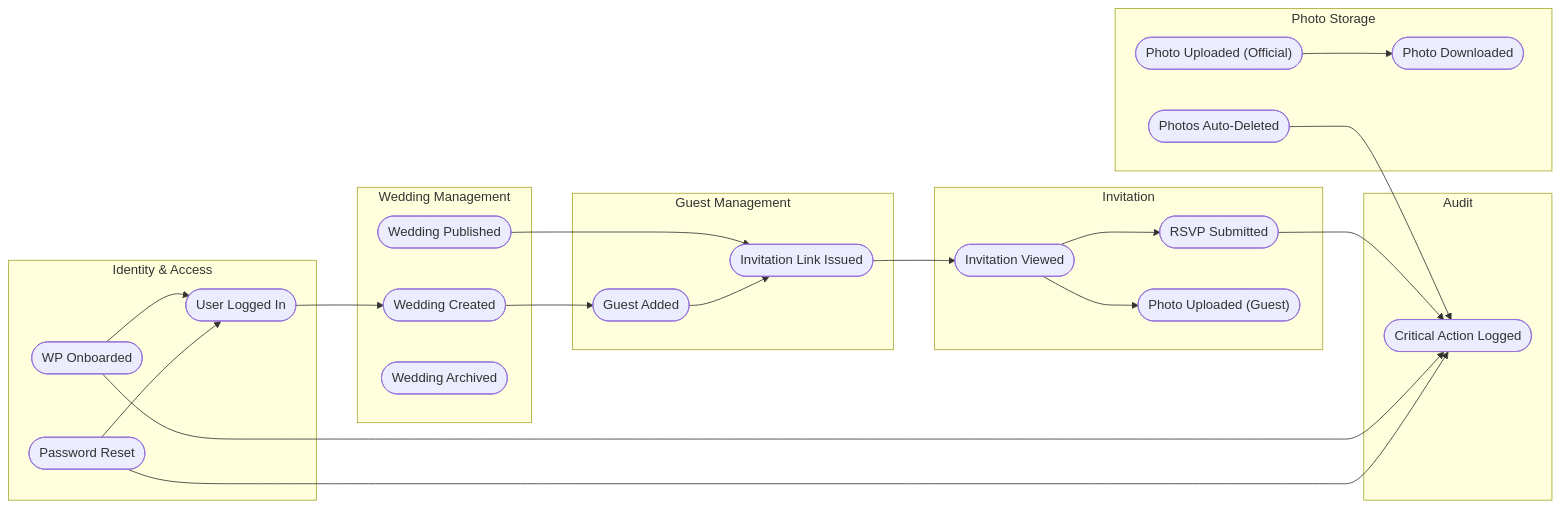
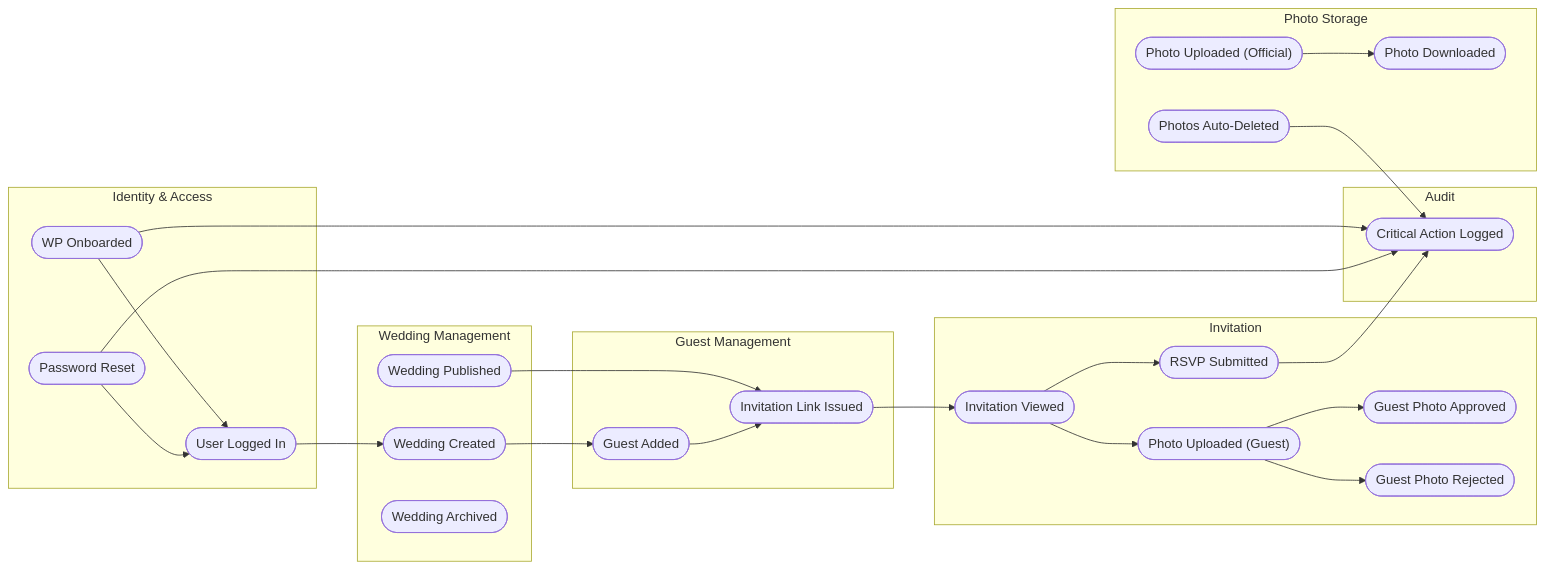
One commit to mgalindor/vin-wedding-doc changed the third of 12 diagrams in 3-architecture/3.1-architecture/architecture.md. Above: the diagram before and after it, drawn with Mermaid. The commit also changed other lines of this file and 14 other files, not shown here.

Commit message:
docs: Added Architecture an planning documentation

````diff
--- a/3-architecture/3.1-architecture/architecture.md
+++ b/3-architecture/3.1-architecture/architecture.md
@@ -264,50 +270,54 @@
 ```mermaid
 graph LR
     subgraph ic["Identity & Access"]
         userLoggedIn(["User Logged In"])
         wpOnboarded(["WP Onboarded"])
         passwordReset(["Password Reset"])
     end
 
     subgraph wm["Wedding Management"]
         weddingCreated(["Wedding Created"])
         weddingPublished(["Wedding Published"])
         weddingArchived(["Wedding Archived"])
     end
 
     subgraph gm["Guest Management"]
         guestAdded(["Guest Added"])
         invitationLinkIssued(["Invitation Link Issued"])
     end
 
     subgraph im["Invitation"]
         invitationViewed(["Invitation Viewed"])
         rsvpSubmitted(["RSVP Submitted"])
         photoUploadedByGuest(["Photo Uploaded (Guest)"])
+        guestPhotoApproved(["Guest Photo Approved"])
+        guestPhotoRejected(["Guest Photo Rejected"])
     end
 
     subgraph ps["Photo Storage"]
         photoUploadedOfficial(["Photo Uploaded (Official)"])
         photoDownloaded(["Photo Downloaded"])
         photosDeleted(["Photos Auto-Deleted"])
     end
 
     subgraph au["Audit"]
         audited(["Critical Action Logged"])
     end
 
     userLoggedIn --> weddingCreated
     wpOnboarded --> userLoggedIn
     passwordReset --> userLoggedIn
     weddingCreated --> guestAdded
     weddingPublished --> invitationLinkIssued
     guestAdded --> invitationLinkIssued
     invitationLinkIssued --> invitationViewed
     invitationViewed --> rsvpSubmitted
     invitationViewed --> photoUploadedByGuest
+    photoUploadedByGuest --> guestPhotoApproved
+    photoUploadedByGuest --> guestPhotoRejected
     photoUploadedOfficial --> photoDownloaded
     photosDeleted --> audited
     rsvpSubmitted --> audited
     wpOnboarded --> audited
     passwordReset --> audited
 ```
````
